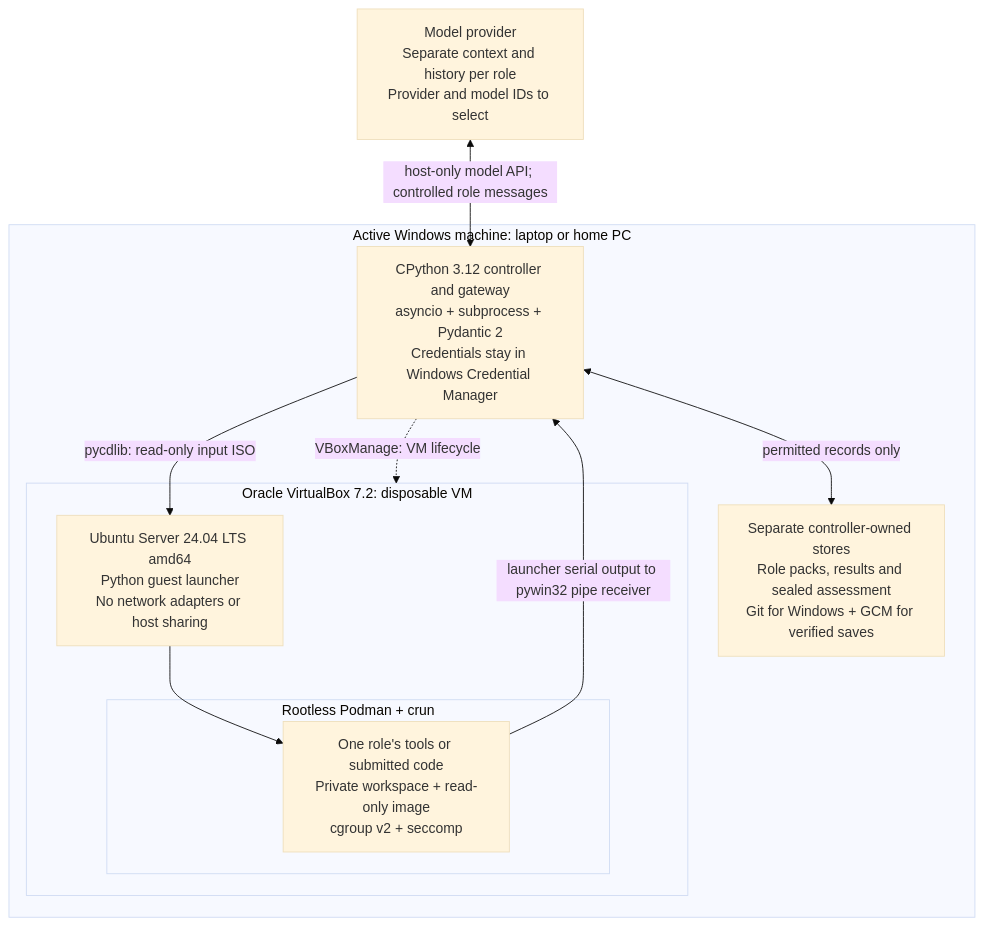
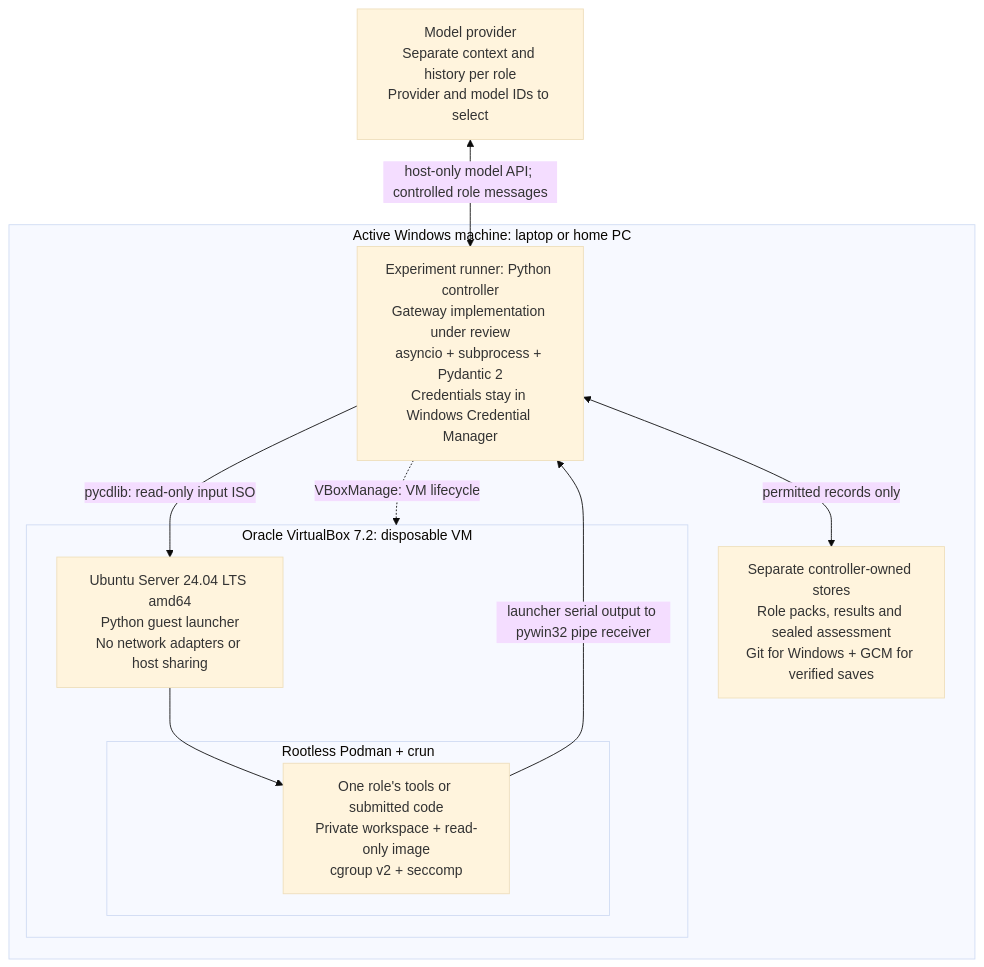
The first of 2 diagrams in research/development/isolated-runner-design-v0.1.md (yspbob/interpretation-layer-poc), drawn with Mermaid (base theme) before and after one commit. The commit also changed other lines of this file and 24 other files, not shown here.

Commit message:
Introduce experiment process and execution tree before deployment diagram

````diff
--- a/research/development/isolated-runner-design-v0.1.md
+++ b/research/development/isolated-runner-design-v0.1.md
@@ -17,20 +47,20 @@
 ```mermaid
 flowchart TB
   MODELS["Model provider<br/>Separate context and history per role<br/>Provider and model IDs to select"]
   subgraph HOST["Active Windows machine: laptop or home PC"]
-    CTRL["CPython 3.12 controller and gateway<br/>asyncio + subprocess + Pydantic 2<br/>Credentials stay in Windows Credential Manager"]
+    CTRL["Experiment runner: Python controller<br/>Gateway implementation under review<br/>asyncio + subprocess + Pydantic 2<br/>Credentials stay in Windows Credential Manager"]
     RECORDS["Separate controller-owned stores<br/>Role packs, results and sealed assessment<br/>Git for Windows + GCM for verified saves"]
     subgraph VM["Oracle VirtualBox 7.2: disposable VM"]
       LAUNCH["Ubuntu Server 24.04 LTS amd64<br/>Python guest launcher<br/>No network adapters or host sharing"]
       subgraph CONTAINER["Rootless Podman + crun"]
         WORK["One role's tools or submitted code<br/>Private workspace + read-only image<br/>cgroup v2 + seccomp"]
       end
       LAUNCH --> WORK
     end
     CTRL <-->|"permitted records only"| RECORDS
     CTRL -->|"pycdlib: read-only input ISO"| LAUNCH
     CTRL -.->|"VBoxManage: VM lifecycle"| VM
     WORK -->|"launcher serial output to pywin32 pipe receiver"| CTRL
   end
   MODELS <-->|"host-only model API; controlled role messages"| CTRL
 ```
````
